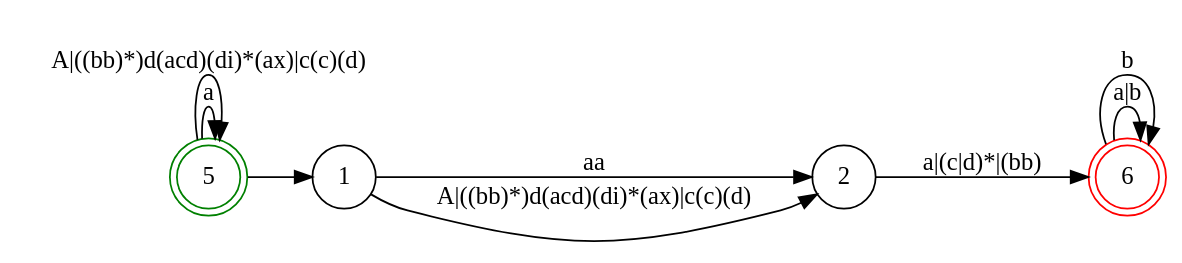
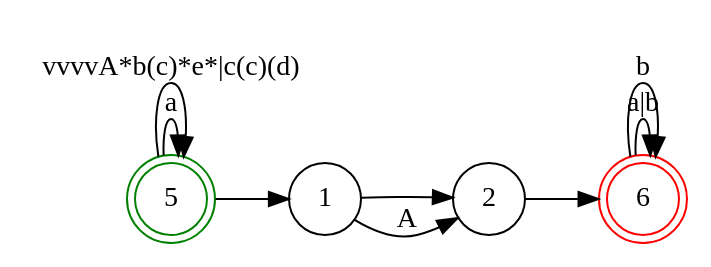
The diagram in scripts/lua/dot/NDF.dot (v012345/lua5.4.4), drawn with Graphviz before and after one commit. The commit also changed 1 other file, not shown here.

```diff
--- a/scripts/lua/dot/NDF.dot
+++ b/scripts/lua/dot/NDF.dot
@@ -1,16 +1,16 @@
 digraph NDF {
     rankdir = LR;
     size = "8,5";
     node [shape = doublecircle;];
     5 [color = green;];
     6 [color = red;];
     node [shape = circle;];
     5 -> 5 [label = "a";];
-    5 -> 5 [label = "A|((bb)*)d(acd)(di)*(ax)|c(c)(d)";];
+    5 -> 5 [label = "vvvvA*b(c)*e*|c(c)(d)";];
     5 -> 1 [label = "";];
-    1 -> 2 [label = "aa";];
-    1 -> 2 [label = "A|((bb)*)d(acd)(di)*(ax)|c(c)(d)";];
-    2 -> 6 [label = "a|(c|d)*|(bb)";];
+    1 -> 2 [label = "";];
+    1 -> 2 [label = "A";];
+    2 -> 6 [label = "";];
     6 -> 6 [label = "a|b";];
     6 -> 6 [label = "b";];
 }
```
